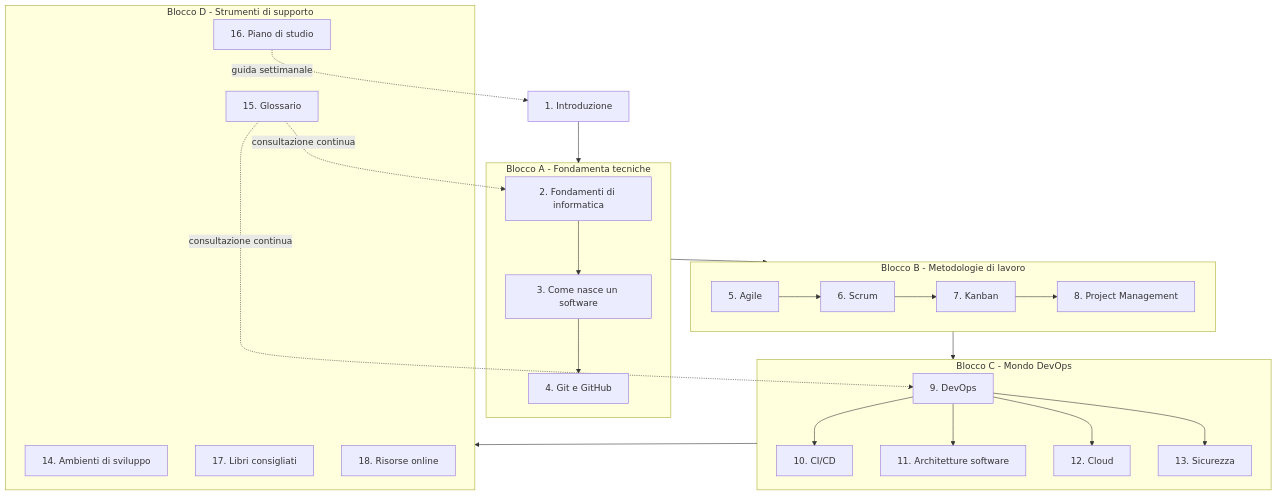
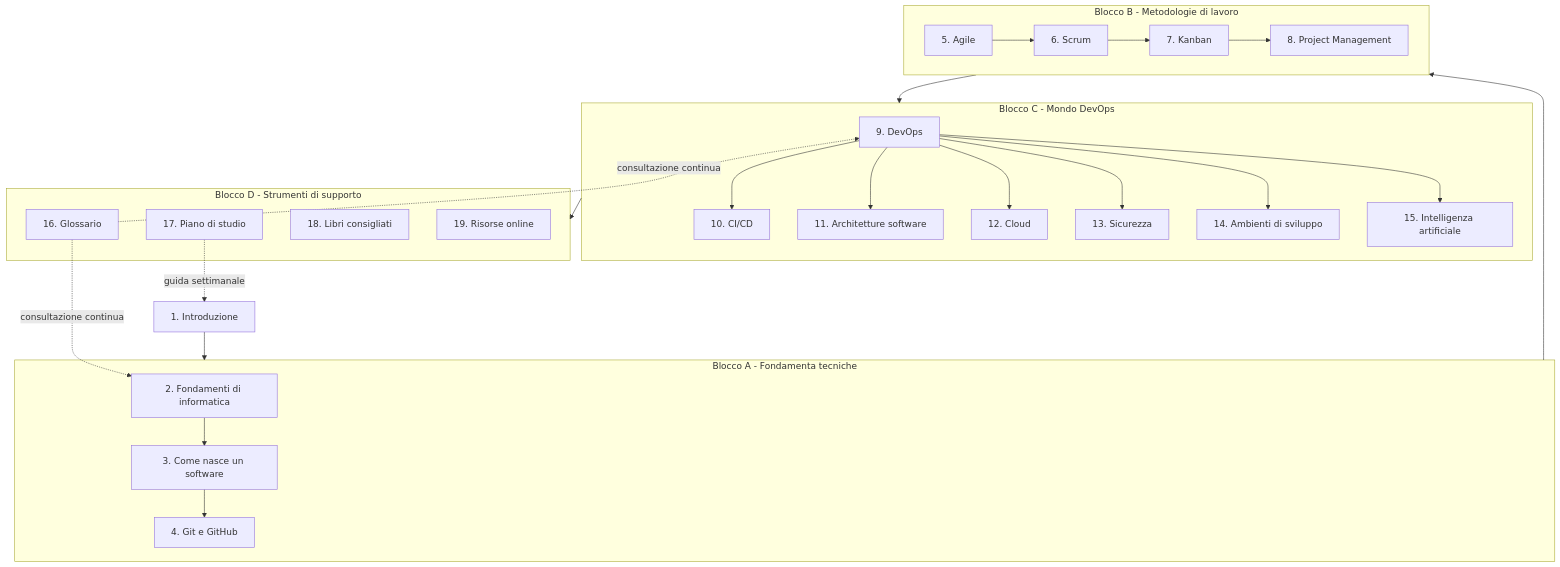
Before and after one commit to darioschioppi/corso-onboarding-devops: the second of 2 diagrams in docs/01-introduzione/README.md, drawn with Mermaid. The commit also changed other lines of this file and 41 other files, not shown here.

First line of the commit message:
Aggiunge la sezione 15 sull'intelligenza artificiale

````diff
--- a/docs/01-introduzione/README.md
+++ b/docs/01-introduzione/README.md
@@ -107,37 +107,38 @@
 ```mermaid
 flowchart TD
     S1["1. Introduzione"] --> BLOCCO1
 
     subgraph BLOCCO1["Blocco A - Fondamenta tecniche"]
         S2["2. Fondamenti di informatica"] --> S3["3. Come nasce un software"] --> S4["4. Git e GitHub"]
     end
 
     BLOCCO1 --> BLOCCO2
 
     subgraph BLOCCO2["Blocco B - Metodologie di lavoro"]
         S5["5. Agile"] --> S6["6. Scrum"] --> S7["7. Kanban"] --> S8["8. Project Management"]
     end
 
     BLOCCO2 --> BLOCCO3
 
     subgraph BLOCCO3["Blocco C - Mondo DevOps"]
         S9["9. DevOps"] --> S10["10. CI/CD"]
         S9 --> S11["11. Architetture software"]
         S9 --> S12["12. Cloud"]
         S9 --> S13["13. Sicurezza"]
+        S9 --> S14["14. Ambienti di sviluppo"]
+        S9 --> S15["15. Intelligenza artificiale"]
     end
 
     BLOCCO3 --> BLOCCO4
 
     subgraph BLOCCO4["Blocco D - Strumenti di supporto"]
-        S14["14. Ambienti di sviluppo"]
-        S15["15. Glossario"]
-        S16["16. Piano di studio"]
-        S17["17. Libri consigliati"]
-        S18["18. Risorse online"]
+        S16["16. Glossario"]
+        S17["17. Piano di studio"]
+        S18["18. Libri consigliati"]
+        S19["19. Risorse online"]
     end
 
-    S15 -.consultazione continua.-> S2
-    S15 -.consultazione continua.-> S9
-    S16 -.guida settimanale.-> S1
+    S16 -.consultazione continua.-> S2
+    S16 -.consultazione continua.-> S9
+    S17 -.guida settimanale.-> S1
 ```
````
